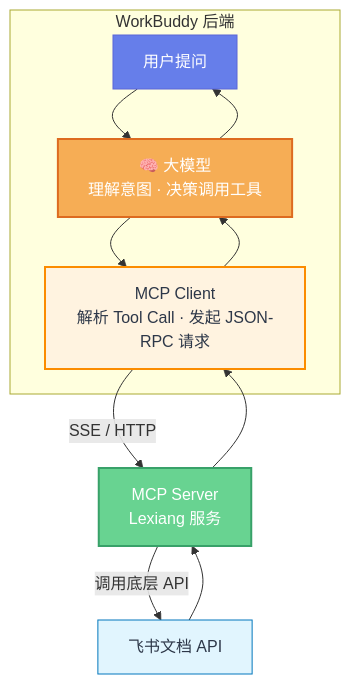
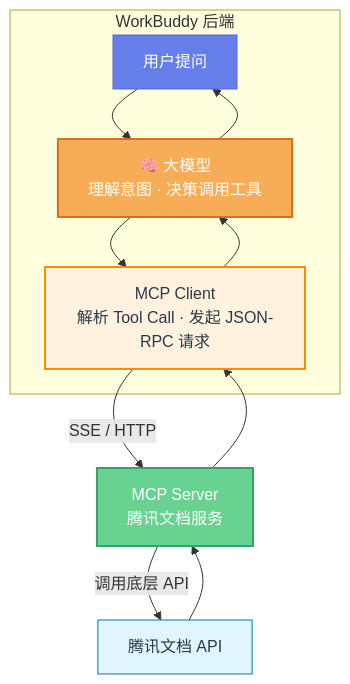
One commit to tanteng/blog changed the fifth of 5 diagrams in content/posts/mcp-complete-guide.md. Above: the diagram before and after it, drawn with Mermaid. The commit also changed other lines of this file, not shown here.

Commit message:
mcp-complete-guide: Lexiang替换为腾讯文档

```diff
--- a/content/posts/mcp-complete-guide.md
+++ b/content/posts/mcp-complete-guide.md
@@ -313,20 +313,20 @@
 {{< mermaid >}}
 flowchart TB
     subgraph WorkBuddy 后端
         U[用户提问] --> LLM[🧠 大模型<br/>理解意图 · 决策调用工具]
         LLM --> MC[MCP Client<br/>解析 Tool Call · 发起 JSON-RPC 请求]
     end
     
-    MC -->|SSE / HTTP| MS[MCP Server<br/>Lexiang 服务]
-    MS -->|调用底层 API| LexiangAPI[飞书文档 API]
-    LexiangAPI --> MS
+    MC -->|SSE / HTTP| MS[MCP Server<br/>腾讯文档服务]
+    MS -->|调用底层 API| WXAPI[腾讯文档 API]
+    WXAPI --> MS
     MS --> MC
     MC --> LLM
     LLM --> U
 
     style LLM fill:#f6ad55,stroke:#dd6b20,color:#fff,stroke-width:2px
     style MC fill:#fff3e0,stroke:#fb8c00,color:#2d3748,stroke-width:2px
     style MS fill:#68d391,stroke:#38a169,color:#fff,stroke-width:2px
     style U fill:#667eea,stroke:#5a67d8,color:#fff
-    style LexiangAPI fill:#e1f5fe,stroke:#0277bd,color:#2d3748
+    style WXAPI fill:#e1f5fe,stroke:#0277bd,color:#2d3748
 {{< /mermaid >}}
```
